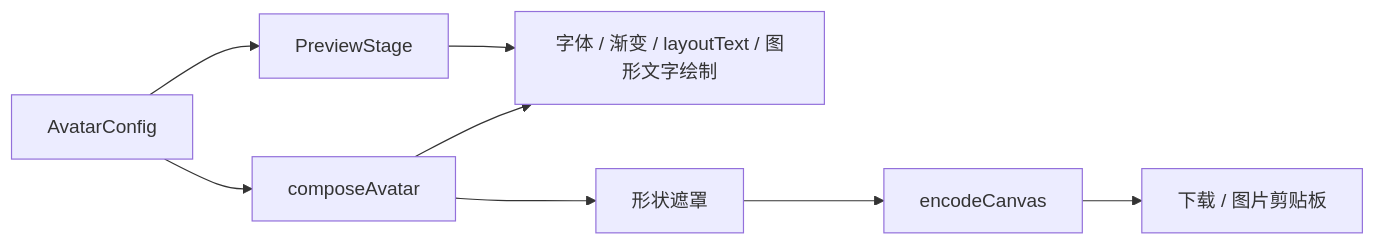
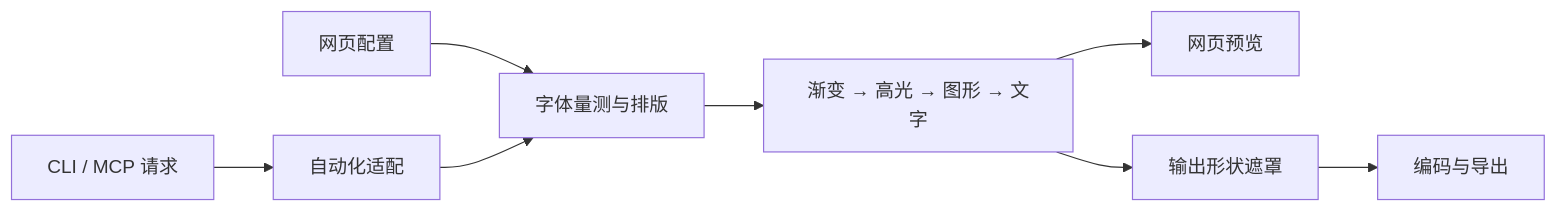
The diagram in docs/architecture.md (sinnohzeng/jianbiantouxiang), drawn with Mermaid before and after one commit. The commit also changed other lines of this file and 76 other files, not shown here.

````diff
--- a/docs/architecture.md
+++ b/docs/architecture.md
@@ -90,10 +22,10 @@
 ```mermaid
 flowchart LR
-  config[AvatarConfig] --> preview[PreviewStage]
-  config --> compose[composeAvatar]
-  preview --> shared[字体 / 渐变 / layoutText / 图形文字绘制]
-  compose --> shared
-  compose --> mask[形状遮罩]
-  mask --> encode[encodeCanvas]
-  encode --> output[下载 / 图片剪贴板]
+  web[网页配置] --> layout[字体量测与排版]
+  api[CLI / MCP 请求] --> adapter[自动化适配]
+  adapter --> layout
+  layout --> draw[渐变 → 高光 → 图形 → 文字]
+  draw --> preview[网页预览]
+  draw --> mask[输出形状遮罩]
+  mask --> encode[编码与导出]
 ```
````
